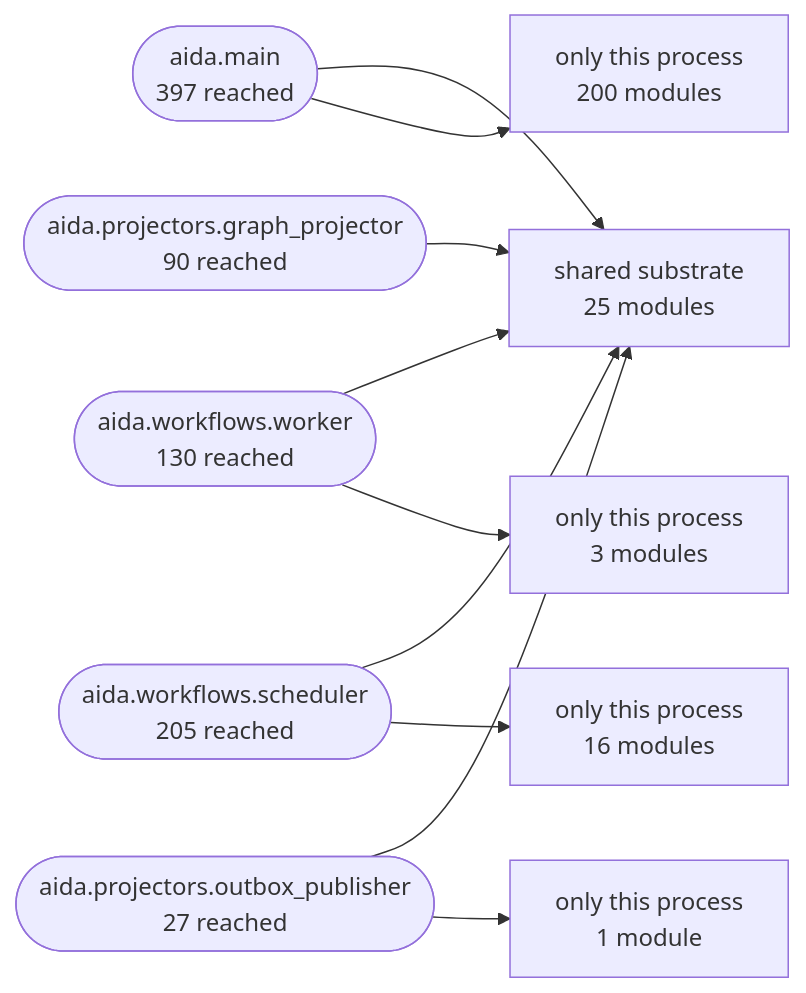
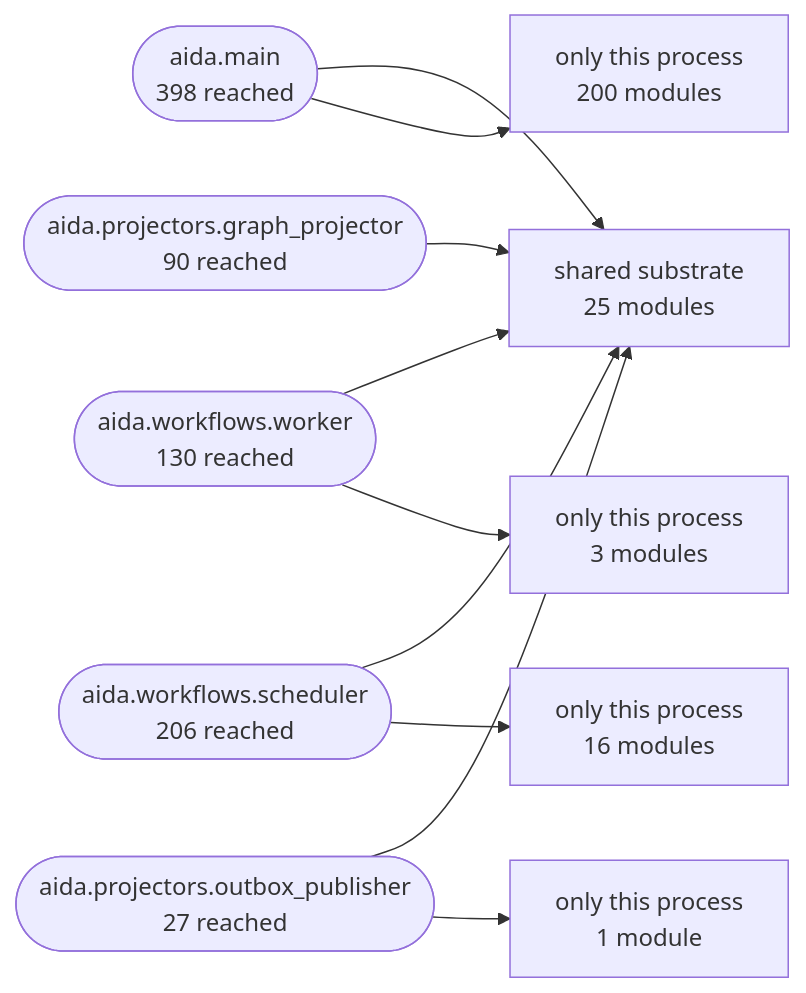
One commit to karuppusamym/AIDataAnalyst changed the second of 3 diagrams in Docs/10-architecture/14-generated-architecture-map.md. Above: the diagram before and after it, drawn with Mermaid. The commit also changed other lines of this file and 10 other files, not shown here.

````diff
--- a/Docs/10-architecture/14-generated-architecture-map.md
+++ b/Docs/10-architecture/14-generated-architecture-map.md
@@ -178,22 +178,22 @@
 ```mermaid
 graph LR
   shared["shared substrate<br/>25 modules"]
-  aida_main(["aida.main<br/>397 reached"])
+  aida_main(["aida.main<br/>398 reached"])
   aida_workflows_worker(["aida.workflows.worker<br/>130 reached"])
-  aida_workflows_scheduler(["aida.workflows.scheduler<br/>205 reached"])
+  aida_workflows_scheduler(["aida.workflows.scheduler<br/>206 reached"])
   aida_projectors_graph_projector(["aida.projectors.graph_projector<br/>90 reached"])
   aida_projectors_outbox_publisher(["aida.projectors.outbox_publisher<br/>27 reached"])
   aida_main --> shared
   only_aida_main["only this process<br/>200 modules"]
   aida_main --> only_aida_main
   aida_workflows_worker --> shared
   only_aida_workflows_worker["only this process<br/>3 modules"]
   aida_workflows_worker --> only_aida_workflows_worker
   aida_workflows_scheduler --> shared
   only_aida_workflows_scheduler["only this process<br/>16 modules"]
   aida_workflows_scheduler --> only_aida_workflows_scheduler
   aida_projectors_graph_projector --> shared
   aida_projectors_outbox_publisher --> shared
   only_aida_projectors_outbox_publisher["only this process<br/>1 module"]
   aida_projectors_outbox_publisher --> only_aida_projectors_outbox_publisher
 ```
````
